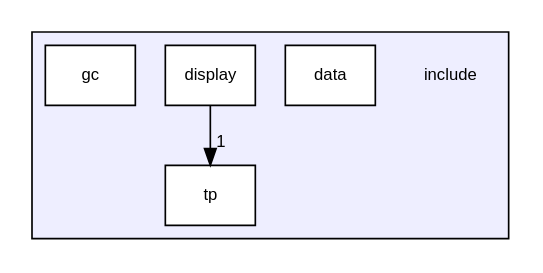
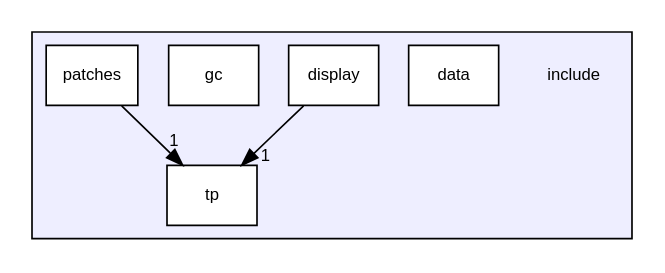
Before and after one commit to zsrtp/libtp_rel: the diagram in docs/dir_d44c64559bbebec7f509842c48db8b23_dep.dot, drawn with Graphviz. The commit also changed 251 other files, not shown here.

```diff
--- a/docs/dir_d44c64559bbebec7f509842c48db8b23_dep.dot
+++ b/docs/dir_d44c64559bbebec7f509842c48db8b23_dep.dot
@@ -1,14 +1,16 @@
 digraph "include" {
   compound=true
   node [ fontsize="10", fontname="Helvetica"];
   edge [ labelfontsize="10", labelfontname="Helvetica"];
   subgraph clusterdir_d44c64559bbebec7f509842c48db8b23 {
     graph [ bgcolor="#eeeeff", pencolor="black", label="" URL="dir_d44c64559bbebec7f509842c48db8b23.html"];
     dir_d44c64559bbebec7f509842c48db8b23 [shape=plaintext label="include"];
   dir_bd52eb7ac821349adc834157bbaf2648 [shape=box label="data" fillcolor="white" style="filled" URL="dir_bd52eb7ac821349adc834157bbaf2648.html"];
   dir_4636d4e18f69ebf0de83434441c44c49 [shape=box label="display" fillcolor="white" style="filled" URL="dir_4636d4e18f69ebf0de83434441c44c49.html"];
   dir_240ab54bc1b85767cb4f1a7b345cf6c4 [shape=box label="gc" fillcolor="white" style="filled" URL="dir_240ab54bc1b85767cb4f1a7b345cf6c4.html"];
+  dir_e1eb6ff3a01ec55a48c7bf15275054d6 [shape=box label="patches" fillcolor="white" style="filled" URL="dir_e1eb6ff3a01ec55a48c7bf15275054d6.html"];
   dir_75ff0ebed823e60e8355822167227a3b [shape=box label="tp" fillcolor="white" style="filled" URL="dir_75ff0ebed823e60e8355822167227a3b.html"];
   }
-  dir_4636d4e18f69ebf0de83434441c44c49->dir_75ff0ebed823e60e8355822167227a3b [headlabel="1", labeldistance=1.5 headhref="dir_000002_000004.html"];
+  dir_4636d4e18f69ebf0de83434441c44c49->dir_75ff0ebed823e60e8355822167227a3b [headlabel="1", labeldistance=1.5 headhref="dir_000002_000005.html"];
+  dir_e1eb6ff3a01ec55a48c7bf15275054d6->dir_75ff0ebed823e60e8355822167227a3b [headlabel="1", labeldistance=1.5 headhref="dir_000004_000005.html"];
 }
```
